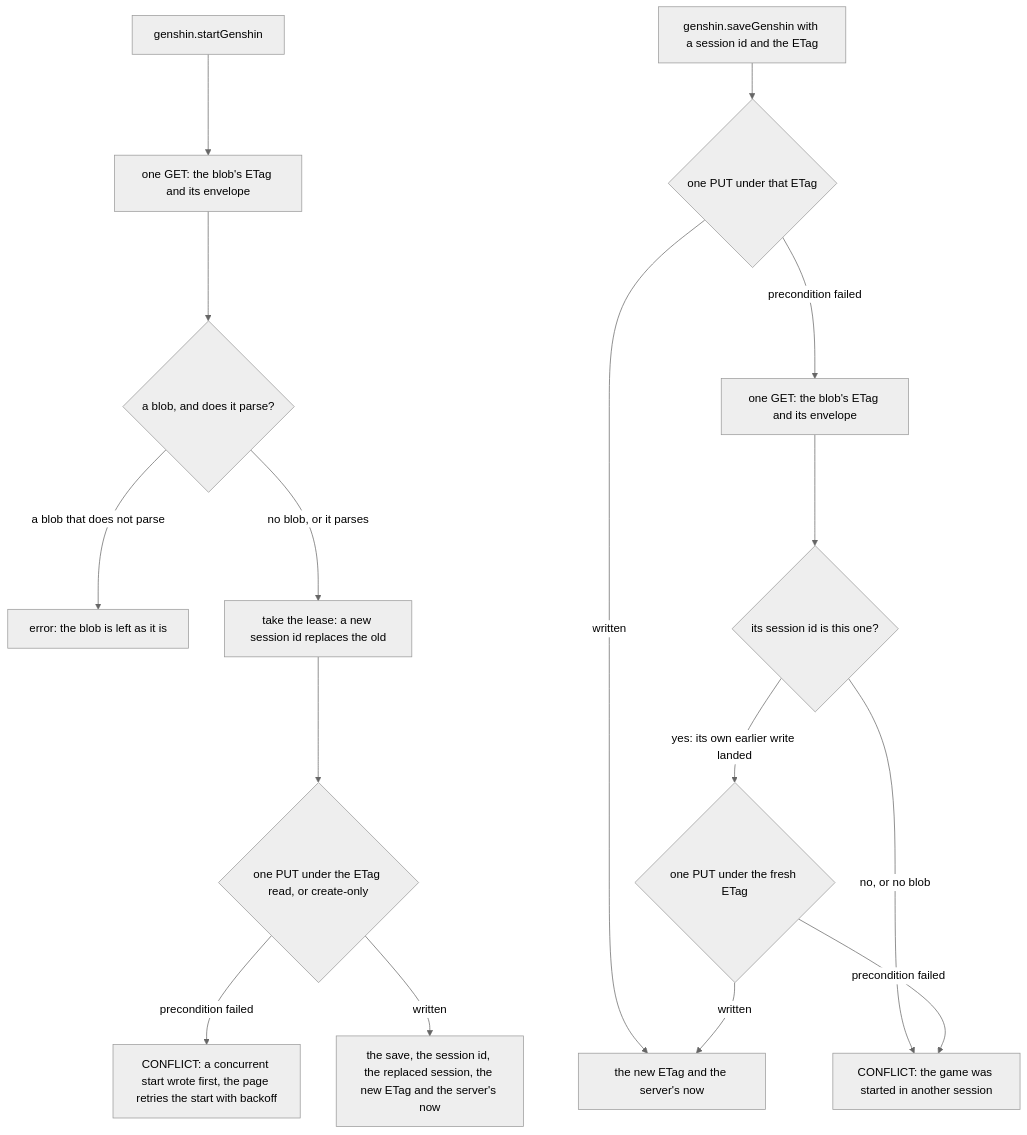
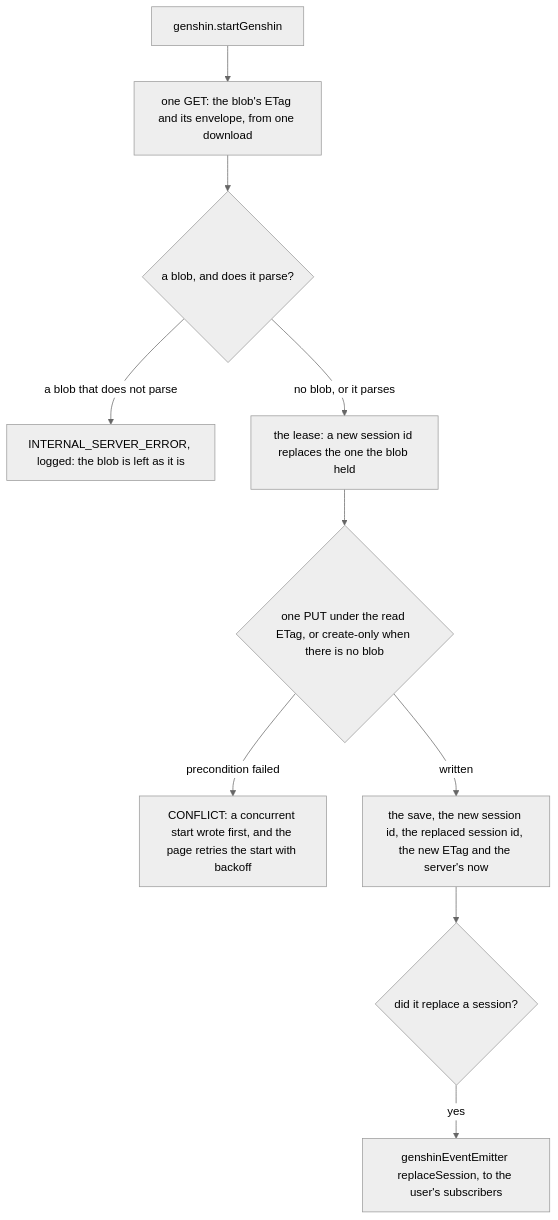
The first of 4 diagrams in apps/web/content/docs/genshin/save-data.md (Esposter/Esposter), drawn with Mermaid (neutral theme) before and after one commit. The commit also changed other lines of this file and 1 other file, not shown here.

First line of the commit message:
docs(genshin): the save data page owns what the save holds and what it does not, the write budget and the start and save flows, and the storage quota records the Genshin save as uncounted by decision

````diff
--- a/apps/web/content/docs/genshin/save-data.md
+++ b/apps/web/content/docs/genshin/save-data.md
@@ -12,18 +36,12 @@
 ```mermaid
 flowchart TD
-  S["genshin.startGenshin"] --> R["one GET: the blob's ETag and its envelope"]
+  S["genshin.startGenshin"] --> R["one GET: the blob's ETag and its envelope, from one download"]
   R --> P{"a blob, and does it parse?"}
-  P -->|"a blob that does not parse"| X0["error: the blob is left as it is"]
-  P -->|"no blob, or it parses"| L["take the lease: a new session id replaces the old"]
-  L --> W1{"one PUT under the ETag read, or create-only"}
-  W1 -->|"precondition failed"| X["CONFLICT: a concurrent start wrote first, the page retries the start with backoff"]
-  W1 -->|"written"| O["the save, the session id, the replaced session, the new ETag and the server's now"]
-  V["genshin.saveGenshin with a session id and the ETag"] --> W2{"one PUT under that ETag"}
-  W2 -->|"written"| N["the new ETag and the server's now"]
-  W2 -->|"precondition failed"| R2["one GET: the blob's ETag and its envelope"]
-  R2 --> C{"its session id is this one?"}
-  C -->|"no, or no blob"| E["CONFLICT: the game was started in another session"]
-  C -->|"yes: its own earlier write landed"| W3{"one PUT under the fresh ETag"}
-  W3 -->|"precondition failed"| E
-  W3 -->|"written"| N
+  P -->|"a blob that does not parse"| X0["INTERNAL_SERVER_ERROR, logged: the blob is left as it is"]
+  P -->|"no blob, or it parses"| L["the lease: a new session id replaces the one the blob held"]
+  L --> W{"one PUT under the read ETag, or create-only when there is no blob"}
+  W -->|"precondition failed"| X["CONFLICT: a concurrent start wrote first, and the page retries the start with backoff"]
+  W -->|"written"| O["the save, the new session id, the replaced session id, the new ETag and the server's now"]
+  O --> E{"did it replace a session?"}
+  E -->|"yes"| N["genshinEventEmitter replaceSession, to the user's subscribers"]
 ```
````
